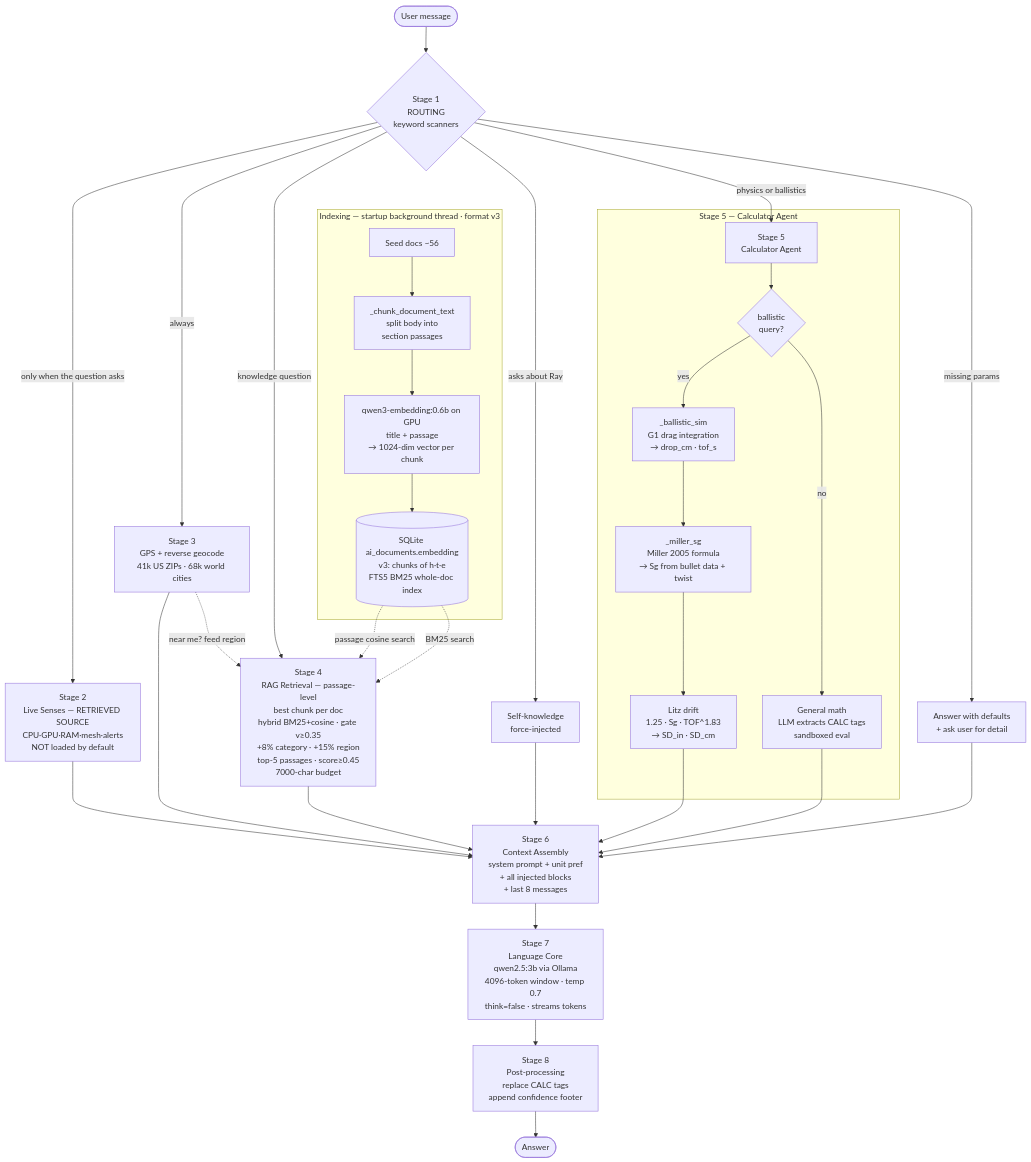
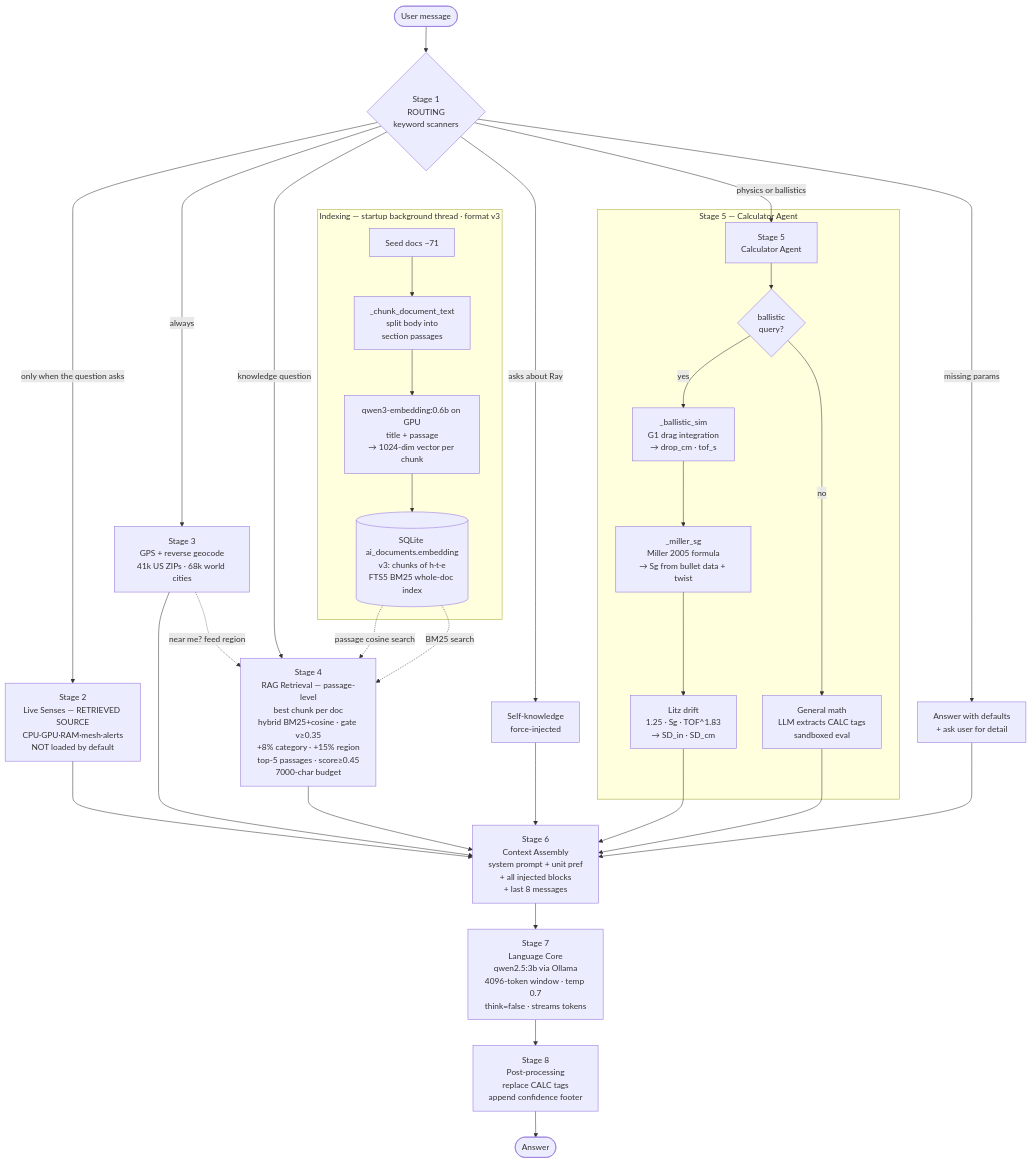
The diagram in RAY_BRAIN.md (atlas-navigate/atlas-control), drawn with Mermaid before and after one commit. The commit also changed other lines of this file and 5 other files, not shown here.

````diff
--- a/RAY_BRAIN.md
+++ b/RAY_BRAIN.md
@@ -317,40 +321,40 @@
 ```mermaid
 flowchart TD
     U([User message]) --> R{Stage 1\nROUTING\nkeyword scanners}
 
     R -->|only when the question asks| S[Stage 2\nLive Senses — RETRIEVED SOURCE\nCPU·GPU·RAM·mesh·alerts\nNOT loaded by default]
     R -->|always| G[Stage 3\nGPS + reverse geocode\n41k US ZIPs · 68k world cities]
     G -.->|near me? feed region| RAG
     R -->|knowledge question| RAG[Stage 4\nRAG Retrieval — passage-level\nbest chunk per doc\nhybrid BM25+cosine · gate v≥0.35\n+8% category · +15% region\ntop-5 passages · score≥0.45\n7000-char budget]
     R -->|physics or ballistics| C[Stage 5\nCalculator Agent]
     R -->|asks about Ray| SK[Self-knowledge\nforce-injected]
     R -->|missing params| ASK[Answer with defaults\n+ ask user for detail]
 
     subgraph CALC [Stage 5 — Calculator Agent]
         C --> CB{ballistic\nquery?}
         CB -->|yes| BS[_ballistic_sim\nG1 drag integration\n→ drop_cm · tof_s]
         BS --> MS[_miller_sg\nMiller 2005 formula\n→ Sg from bullet data + twist]
         MS --> LD[Litz drift\n1.25 · Sg · TOF^1.83\n→ SD_in · SD_cm]
         CB -->|no| GM[General math\nLLM extracts CALC tags\nsandboxed eval]
     end
 
     S --> CTX[Stage 6\nContext Assembly\nsystem prompt + unit pref\n+ all injected blocks\n+ last 8 messages]
     G --> CTX
     RAG --> CTX
     SK --> CTX
     LD --> CTX
     GM --> CTX
     ASK --> CTX
 
     CTX --> LLM[Stage 7\nLanguage Core\nqwen2.5:3b via Ollama\n4096-token window · temp 0.7\nthink=false · streams tokens]
     LLM --> PP[Stage 8\nPost-processing\nreplace CALC tags\nappend confidence footer]
     PP --> ANS([Answer])
 
     subgraph IDX [Indexing — startup background thread · format v3]
-        D[Seed docs ~56] --> CH[_chunk_document_text\nsplit body into\nsection passages]
+        D[Seed docs ~71] --> CH[_chunk_document_text\nsplit body into\nsection passages]
         CH --> E[qwen3-embedding:0.6b on GPU\ntitle + passage\n→ 1024-dim vector per chunk]
         E --> DB[(SQLite ai_documents.embedding\nv3: chunks of h·t·e\nFTS5 BM25 whole-doc index)]
     end
     DB -.->|passage cosine search| RAG
     DB -.->|BM25 search| RAG
 ```
````
